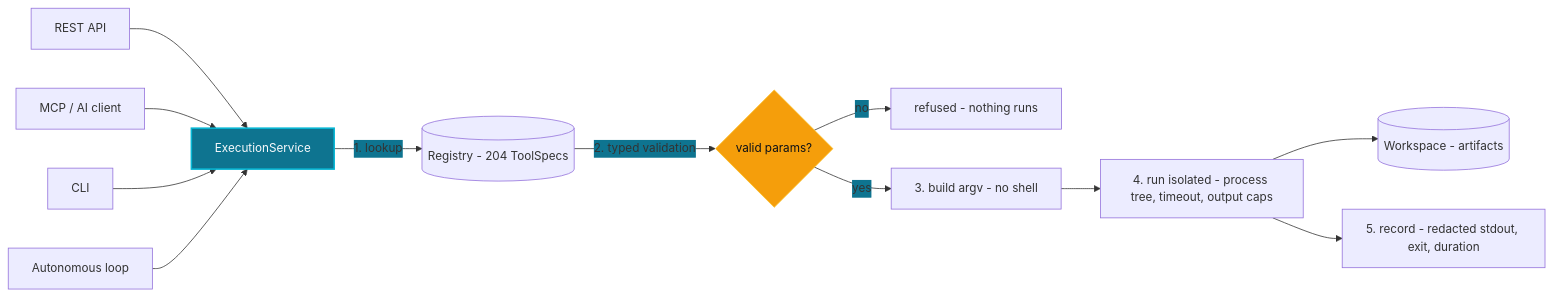
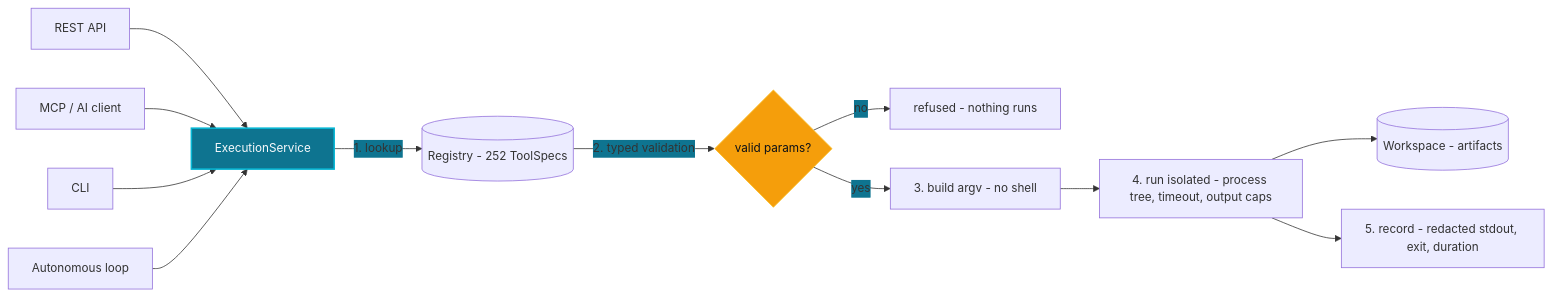
Before and after one commit to Arseno25/nexhunter: the first of 2 diagrams in docs/how-it-works.md, drawn with Mermaid. The commit also changed other lines of this file and 8 other files, not shown here.

````diff
--- a/docs/how-it-works.md
+++ b/docs/how-it-works.md
@@ -15,31 +15,31 @@
 ```mermaid
 %%{init: {"themeVariables": {
   "primaryColor": "#0e7490",
   "secondaryColor": "#06b6d4",
   "tertiaryColor": "#f59e0b",
   "background": "#0d1117",
   "edgeLabelBackground": "#0e7490",
   "fontFamily": "monospace",
   "fontSize": "15px",
   "fontColor": "#e2e8f0",
   "nodeTextColor": "#f8fafc"
 }}}%%
 flowchart LR
     A[REST API] --> E[ExecutionService]
     B[MCP / AI client] --> E
     C[CLI] --> E
     D[Autonomous loop] --> E
 
-    E -->|1. lookup| R[(Registry - 204 ToolSpecs)]
+    E -->|1. lookup| R[(Registry - 252 ToolSpecs)]
     R -->|2. typed validation| V{valid params?}
     V -->|no| X[refused - nothing runs]
     V -->|yes| G[3. build argv - no shell]
     G --> P[4. run isolated - process tree, timeout, output caps]
     P --> W[(Workspace - artifacts)]
     P --> S[5. record - redacted stdout, exit, duration]
 
     classDef core fill:#0e7490,stroke:#06b6d4,stroke-width:2px,color:#f8fafc
     classDef gate fill:#f59e0b,stroke:#fbbf24,color:#0d1117
     class E core
     class V gate
 ```
````
